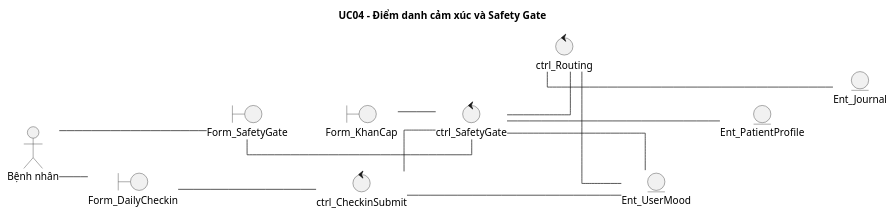
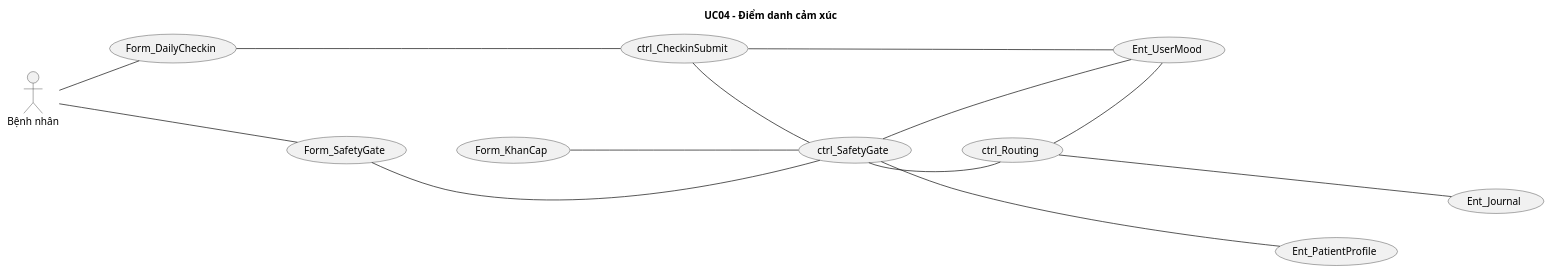
Before and after one commit to phuongtech24/do_an: the diagram in docs/diagrams/Bieudolop/uc04_daily_checkin_bieudolop.puml, drawn with PlantUML. The commit also changed 61 other files, not shown here.

```diff
--- a/docs/diagrams/Bieudolop/uc04_daily_checkin_bieudolop.puml
+++ b/docs/diagrams/Bieudolop/uc04_daily_checkin_bieudolop.puml
@@ -1,38 +1,49 @@
 @startuml
 skinparam defaultFontName "Times New Roman"
 skinparam shadowing false
 skinparam monochrome true
-skinparam linetype ortho
-skinparam nodesep 45
-skinparam ranksep 40
-title UC04 - Điểm danh cảm xúc và Safety Gate
+skinparam nodesep 80
+skinparam ranksep 70
+skinparam usecaseFontSize 14
 left to right direction
+title UC04 - Điểm danh cảm xúc
+
 actor "Bệnh nhân" as A
-boundary "Form_DailyCheckin" as B1
-boundary "Form_SafetyGate" as B2
-boundary "Form_KhanCap" as B3
-control "ctrl_CheckinSubmit" as C1
-control "ctrl_SafetyGate" as C2
-control "ctrl_Routing" as C3
-entity "Ent_UserMood" as E1
-entity "Ent_PatientProfile" as E2
-entity "Ent_Journal" as E3
-B1 -[hidden]down-> B2
-B2 -[hidden]down-> B3
-C1 -[hidden]down-> C2
-C2 -[hidden]down-> C3
-E1 -[hidden]down-> E2
-E2 -[hidden]down-> E3
+
+usecase "Form_DailyCheckin" as B1
+usecase "Form_SafetyGate" as B2
+usecase "Form_KhanCap" as B3
+
+usecase "ctrl_CheckinSubmit" as C1
+usecase "ctrl_SafetyGate" as C2
+usecase "ctrl_Routing" as C3
+
+usecase "Ent_UserMood" as E1
+usecase "Ent_PatientProfile" as E2
+usecase "Ent_Journal" as E3
+
 A -- B1
 A -- B2
+
 B1 -- C1
 B2 -- C2
 B3 -- C2
+
 C1 -- C2
 C2 -- C3
+
 C1 -- E1
 C2 -- E1
 C2 -- E2
 C3 -- E1
 C3 -- E3
+
+B1 -[hidden]-> B2
+B2 -[hidden]-> B3
+B3 -[hidden]-> C1
+C1 -[hidden]-> C2
+C2 -[hidden]-> C3
+C3 -[hidden]-> E1
+E1 -[hidden]down-> E2
+E2 -[hidden]down-> E3
 @enduml
```
